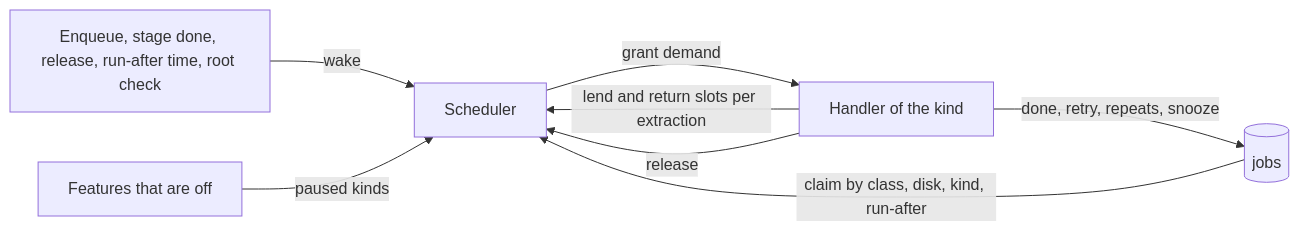
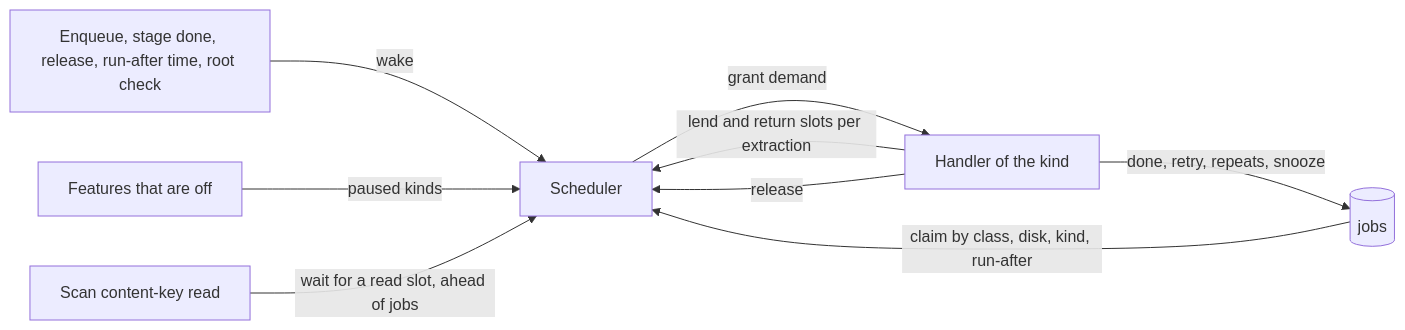
One commit to syudead/vv changed the first of 2 diagrams in docs/design-docs/job-scheduling.md. Above: the diagram before and after it, drawn with Mermaid. The commit also changed other lines of this file and 8 other files, not shown here.

First line of the commit message:
feat(068): read scan content keys within the disk read slots

````diff
--- a/docs/design-docs/job-scheduling.md
+++ b/docs/design-docs/job-scheduling.md
@@ -9,10 +10,11 @@
 ```mermaid
 flowchart LR
   ev[Enqueue, stage done, release, run-after time, root check] -->|wake| sch[Scheduler]
   jobs[(jobs)] -->|claim by class, disk, kind, run-after| sch
   paused[Features that are off] -->|paused kinds| sch
+  scan[Scan content-key read] -->|wait for a read slot, ahead of jobs| sch
   sch -->|grant demand| run[Handler of the kind]
   run -->|lend and return slots per extraction| sch
   run -->|done, retry, repeats, snooze| jobs
   run -->|release| sch
 ```
````
